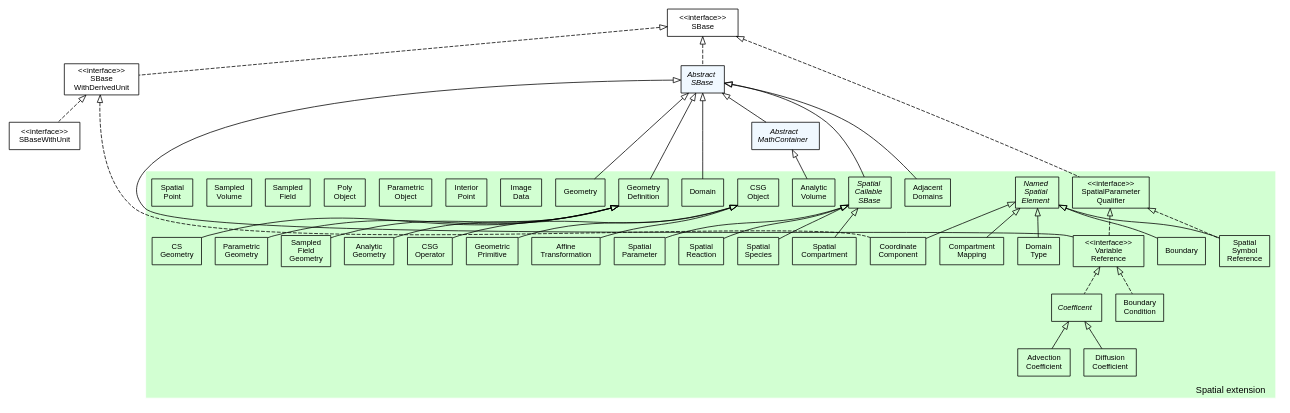
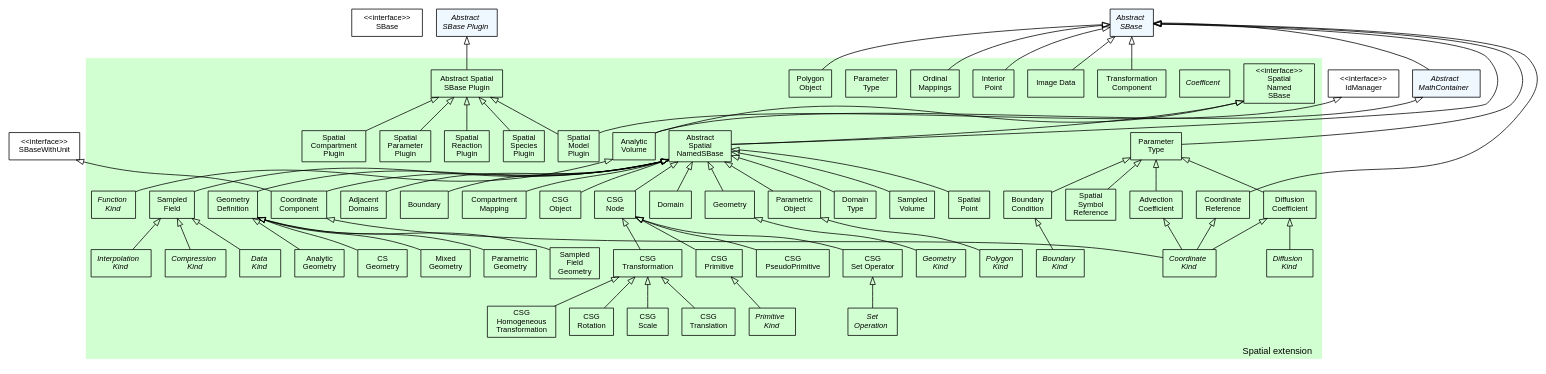
Before and after one commit to sbmlteam/jsbml: the diagram in extensions/spatial/doc/img/type_hierarchy.dot, drawn with Graphviz. The commit also changed 22 other files, not shown here.

Commit message:
Added chapter material for User Guide with class diagrams for all the extensions except multi. Two caveats: 1) this will need to be compiled with a latex compiler and 2) for some reason, I was not able to properly set svn:keywords, so this will need to be fixed.

```diff
--- a/extensions/spatial/doc/img/type_hierarchy.dot
+++ b/extensions/spatial/doc/img/type_hierarchy.dot
@@ -33,13 +33,13 @@
  	 */
  	
  	SBase                                    [label="<<interface>>\nSBase"];
- 	SBaseWithDerivedUnit                     [label="<<interface>>\nSBase\nWithDerivedUnit"];
  	SBaseWithUnit                            [label="<<interface>>\nSBaseWithUnit"];
+ 	IdManager			                     [label="<<interface>>\nIdManager"];
    	
   /*
    * Abstract data types
    */
- 	
+ 	AbstractSBasePlugin                      [label=<<font face="Helvetica-Oblique">Abstract<br/>SBase Plugin</font>>, style="filled", fillcolor="#F0F8FF"]; 	
  	AbstractSBase                            [label=<<font face="Helvetica-Oblique">Abstract<br/>SBase</font>>, style="filled", fillcolor="#F0F8FF"];
  	AbstractMathContainer                    [label=<<font face="Helvetica-Oblique">Abstract<br/>MathContainer</font>>, style="filled", fillcolor="#F0F8FF"];
   
@@ -58,94 +58,151 @@
     labeljust=r;
 
     // Interfaces
-    SpatialParameterQualifier                     [label="<<interface>>\nSpatialParameter\nQualifier"];
-    VariableReference                             [label="<<interface>>\nVariable\nReference"];
+    SpatialNamedSBase                        	  [label="<<interface>>\nSpatial\nNamed\nSBase"];
 
     // Enums
 
     // Abstract data types
-    NamedSpatialElement                           [label=<<font face="Helvetica-Oblique">Named<br/>Spatial<br/>Element</font>>];
-    SpatialCallableSBase                          [label=<<font face="Helvetica-Oblique">Spatial<br/>Callable<br/>SBase</font>>];
+    CoordinateKind                          	  [label=<<font face="Helvetica-Oblique">Coordinate<br/>Kind</font>>];
     Coefficient                                   [label=<<font face="Helvetica-Oblique">Coefficent</font>>];
+    DataKind                           			  [label=<<font face="Helvetica-Oblique">Compression<br/>Kind</font>>];
+    CompressionKind                           	  [label=<<font face="Helvetica-Oblique">Data<br/>Kind</font>>];
+    InterpolationKind                             [label=<<font face="Helvetica-Oblique">Interpolation<br/>Kind</font>>];
+    PolygonKind                           		  [label=<<font face="Helvetica-Oblique">Polygon<br/>Kind</font>>];
+    GeometryKind                           	 	  [label=<<font face="Helvetica-Oblique">Geometry<br/>Kind</font>>];
+    DiffusionKind                           	  [label=<<font face="Helvetica-Oblique">Diffusion<br/>Kind</font>>];
+    SetOperation                           		  [label=<<font face="Helvetica-Oblique">Set<br/>Operation</font>>];
+    PrimitiveKind                           	  [label=<<font face="Helvetica-Oblique">Primitive<br/>Kind</font>>];
+    BoundaryKind                           		  [label=<<font face="Helvetica-Oblique">Boundary<br/>Kind</font>>];
+    FunctionKind                           		  [label=<<font face="Helvetica-Oblique">Function<br/>Kind</font>>];
         
     // Objects
-    AdjacentDomains                               [label="Adjacent\nDomains"];
+    AbstractSpatialNamedSBase                     [label="Abstract\nSpatial\nNamedSBase"];    
+    AbstractSpatialSBasePlugin					  [label="Abstract Spatial\nSBase Plugin"];
+    AdjacentDomains                               [label="Adjacent\nDomains"];  
     AdvectionCoefficient                          [label="Advection\nCoefficient"];
-    AffineTransformation                          [label="Affine\nTransformation"];
+    ParameterType                          		  [label="Parameter\nType"];
     AnalyticGeometry                              [label="Analytic\nGeometry"];
+    GeometryDefinition                            [label="Geometry\nDefinition"];
     AnalyticVolume                                [label="Analytic\nVolume"];
     Boundary                                      [label="Boundary"];
     BoundaryCondition                             [label="Boundary\nCondition"];
     CompartmentMapping                            [label="Compartment\nMapping"];
     CoordinateComponent                           [label="Coordinate\nComponent"];
+    CoordinateReference                           [label="Coordinate\nReference"];
     CSGeometry                                    [label="CS\nGeometry"];
+    CSGHomogeneousTransformation                  [label="CSG\nHomogeneous\nTransformation"];
+    CSGTransformation                             [label="CSG\nTransformation"];
+    CSGNode                                       [label="CSG\nNode"];
     CSGObject                                     [label="CSG\nObject"];
-    CSGOperator                                   [label="CSG\nOperator"];
+    CSGPrimitive                                  [label="CSG\nPrimitive"];
+    CSGPseudoPrimitive                            [label="CSG\nPseudoPrimitive"];
+    CSGRotation                                   [label="CSG\nRotation"];
+    CSGScale                                      [label="CSG\nScale"];
+    CSGSetOperator                                [label="CSG\nSet Operator"];
+	CSGTranslation                                [label="CSG\nTranslation"];
     DiffusionCoefficient                          [label="Diffusion\nCoefficient"];
     Domain                                        [label="Domain"];
     DomainType                                    [label="Domain\nType"];
-    GeometricPrimitive                            [label="Geometric\nPrimitive"];
     Geometry                                      [label="Geometry"];
     GeometryDefinition                            [label="Geometry\nDefinition"];
-    ImageData                                     [label="Image\nData"];
+    ImageData                                     [label="Image Data"];
     InteriorPoint                                 [label="Interior\nPoint"];
+    MixedGeometry                                 [label="Mixed\nGeometry"];
+    OrdinalMapping	                              [label="Ordinal\nMappings"];
+    ParamaterType                                 [label="Parameter\nType"];
     ParametricGeometry                            [label="Parametric\nGeometry"];
     ParametricObject                              [label="Parametric\nObject"];
-    PolyObject                                    [label="Poly\nObject"];
+    PolygonObject                                 [label="Polygon\nObject"];
     SampledField                                  [label="Sampled\nField"];
     SampledFieldGeometry                          [label="Sampled\nField\nGeometry"];
     SampledVolume                                 [label="Sampled\nVolume"];
-    SpatialCompartment                            [label="Spatial\nCompartment"];
-    SpatialParameter                              [label="Spatial\nParameter"];
+    SpatialCompartmentPlugin                      [label="Spatial\nCompartment\nPlugin"];
+    SpatialModelPlugin                            [label="Spatial\nModel\nPlugin"];
+    SpatialParameterPlugin                        [label="Spatial\nParameter\nPlugin"];
     SpatialPoint                                  [label="Spatial\nPoint"];
-    SpatialReaction                               [label="Spatial\nReaction"];
-    SpatialSpecies                                [label="Spatial\nSpecies"];
+    SpatialReactionPlugin                         [label="Spatial\nReaction\nPlugin"];
+    SpatialSpeciesPlugin                          [label="Spatial\nSpecies\nPlugin"];
     SpatialSymbolReference                        [label="Spatial\nSymbol\nReference"];
-
-  
+    TransformationComponent                       [label="Transformation\nComponent"];
+      
     /*
      * Inheritance graph
      */
-     Coefficient                -> AdvectionCoefficient      [dir=back,arrowtail=empty];
-     Coefficient                -> DiffusionCoefficient      [dir=back,arrowtail=empty];
-     CSGObject                  -> AffineTransformation      [dir=back,arrowtail=empty];
-     CSGObject                  -> CSGOperator               [dir=back,arrowtail=empty];
-     CSGObject                  -> GeometricPrimitive        [dir=back,arrowtail=empty];
+     SpatialNamedSBase                -> AbstractSpatialNamedSBase      [dir=back,arrowtail=empty];
+     AbstractSpatialNamedSBase        -> AdjacentDomains      [dir=back,arrowtail=empty];
+     ParameterType        -> AdvectionCoefficient      [dir=back,arrowtail=empty];
      GeometryDefinition         -> AnalyticGeometry          [dir=back,arrowtail=empty];
+     AbstractSpatialNamedSBase    -> GeometryDefinition        [dir=back,arrowtail=empty];
+     SpatialNamedSBase	->	AnalyticVolume      [dir=back,arrowtail=empty];
+     AbstractSpatialNamedSBase        -> Boundary      [dir=back,arrowtail=empty];
+     ParameterType        -> BoundaryCondition      [dir=back,arrowtail=empty];
+     AbstractSpatialNamedSBase        -> CompartmentMapping      [dir=back,arrowtail=empty];
+     AbstractSpatialNamedSBase        -> CoordinateComponent      [dir=back,arrowtail=empty];
      GeometryDefinition         -> CSGeometry                [dir=back,arrowtail=empty];
+     CSGTransformation -> CSGHomogeneousTransformation      [dir=back,arrowtail=empty];
+     CSGNode -> CSGTransformation      [dir=back,arrowtail=empty];
+     AbstractSpatialNamedSBase        -> CSGNode      [dir=back,arrowtail=empty];
+     AbstractSpatialNamedSBase        -> CSGObject      [dir=back,arrowtail=empty];
+     CSGNode -> CSGPrimitive      [dir=back,arrowtail=empty];
+     CSGNode -> CSGPseudoPrimitive      [dir=back,arrowtail=empty];
+     CSGTransformation -> CSGRotation      [dir=back,arrowtail=empty];
+     CSGTransformation -> CSGScale      [dir=back,arrowtail=empty];
+     CSGNode -> CSGSetOperator      [dir=back,arrowtail=empty];
+     CSGTransformation -> CSGTranslation      [dir=back,arrowtail=empty];
+     ParameterType        -> DiffusionCoefficient      [dir=back,arrowtail=empty];
+     AbstractSpatialNamedSBase        -> Domain      [dir=back,arrowtail=empty];
+     AbstractSpatialNamedSBase        -> DomainType      [dir=back,arrowtail=empty];
+     AbstractSpatialNamedSBase        -> Geometry      [dir=back,arrowtail=empty];
+     AbstractSpatialNamedSBase        -> GeometryDefinition      [dir=back,arrowtail=empty];
+     GeometryDefinition         -> MixedGeometry          [dir=back,arrowtail=empty];
      GeometryDefinition         -> ParametricGeometry        [dir=back,arrowtail=empty];
+     AbstractSpatialNamedSBase         -> ParametricObject        [dir=back,arrowtail=empty];
+     AbstractSpatialNamedSBase         -> SampledField        [dir=back,arrowtail=empty];
      GeometryDefinition         -> SampledFieldGeometry      [dir=back,arrowtail=empty];
-     NamedSpatialElement        -> Boundary                  [dir=back,arrowtail=empty];
-     NamedSpatialElement        -> CompartmentMapping        [dir=back,arrowtail=empty];
-     NamedSpatialElement        -> CoordinateComponent       [dir=back,arrowtail=empty];
-     NamedSpatialElement        -> DomainType                [dir=back,arrowtail=empty];
-     NamedSpatialElement        -> SpatialSymbolReference    [dir=back,arrowtail=empty];
-     SpatialCallableSBase       -> SpatialCompartment        [dir=back,arrowtail=empty];
-     SpatialCallableSBase       -> SpatialParameter          [dir=back,arrowtail=empty];
-     SpatialCallableSBase       -> SpatialReaction           [dir=back,arrowtail=empty];
-     SpatialCallableSBase       -> SpatialSpecies            [dir=back,arrowtail=empty];
-     SpatialParameterQualifier  -> VariableReference         [dir=back,arrowtail=empty,style=dashed];
-     SpatialParameterQualifier  -> SpatialSymbolReference    [dir=back,arrowtail=empty,style=dashed];
-     VariableReference          -> Coefficient               [dir=back,arrowtail=empty,style=dashed];
-     VariableReference          -> BoundaryCondition         [dir=back,arrowtail=empty,style=dashed];
+     AbstractSpatialNamedSBase         -> SampledVolume        [dir=back,arrowtail=empty];
+     AbstractSpatialSBasePlugin         -> SpatialCompartmentPlugin        [dir=back,arrowtail=empty];
+     AbstractSpatialSBasePlugin         -> SpatialModelPlugin        [dir=back,arrowtail=empty];
+     AbstractSpatialSBasePlugin         -> SpatialParameterPlugin        [dir=back,arrowtail=empty];
+     AbstractSpatialNamedSBase         -> SpatialPoint        [dir=back,arrowtail=empty];
+     AbstractSpatialSBasePlugin         -> SpatialReactionPlugin        [dir=back,arrowtail=empty];
+     AbstractSpatialSBasePlugin         -> SpatialSpeciesPlugin        [dir=back,arrowtail=empty];
+     ParameterType        -> SpatialSymbolReference      [dir=back,arrowtail=empty];
+     SampledField        -> CompressionKind      [dir=back,arrowtail=empty];
+     SampledField        -> DataKind      [dir=back,arrowtail=empty];
+     SampledField        -> InterpolationKind      [dir=back,arrowtail=empty];
+     ParametricObject        -> PolygonKind      [dir=back,arrowtail=empty];
+     Geometry         -> GeometryKind          [dir=back,arrowtail=empty];
+     DiffusionCoefficient         -> DiffusionKind          [dir=back,arrowtail=empty];
+     CSGSetOperator         -> SetOperation          [dir=back,arrowtail=empty];
+     CSGPrimitive         -> PrimitiveKind          [dir=back,arrowtail=empty];
+     AdvectionCoefficient         -> CoordinateKind          [dir=back,arrowtail=empty];
+     CoordinateComponent         -> CoordinateKind          [dir=back,arrowtail=empty];
+     CoordinateReference         -> CoordinateKind          [dir=back,arrowtail=empty];
+     DiffusionCoefficient         -> CoordinateKind          [dir=back,arrowtail=empty];
+     BoundaryCondition         -> BoundaryKind          [dir=back,arrowtail=empty];
+     AnalyticVolume         -> FunctionKind          [dir=back,arrowtail=empty];
+
+
   }
   
   /*********************
    * Inheritance graph *
    *********************/
 
+  AbstractSBase         -> AbstractSpatialNamedSBase     [dir=back,arrowtail=empty];
+  AbstractSBasePlugin         -> AbstractSpatialSBasePlugin     [dir=back,arrowtail=empty];
+  AbstractSBase         -> ParameterType     [dir=back,arrowtail=empty];
   AbstractMathContainer -> AnalyticVolume            [dir=back,arrowtail=empty];
+  SBaseWithUnit -> CoordinateComponent            [dir=back,arrowtail=empty];
+  AbstractSBase         -> CoordinateReference     [dir=back,arrowtail=empty];
   AbstractSBase         -> AbstractMathContainer     [dir=back,arrowtail=empty];
-  AbstractSBase         -> AdjacentDomains           [dir=back,arrowtail=empty];
-  AbstractSBase         -> VariableReference         [dir=back,arrowtail=empty];
-  AbstractSBase         -> Domain                    [dir=back,arrowtail=empty];
-  AbstractSBase         -> Geometry                  [dir=back,arrowtail=empty];
-  AbstractSBase         -> GeometryDefinition        [dir=back,arrowtail=empty];
-  AbstractSBase         -> SpatialCallableSBase      [dir=back,arrowtail=empty];
-  SBase                 -> AbstractSBase             [dir=back,arrowtail=empty,style=dashed];
-  SBase                 -> SpatialParameterQualifier [dir=back,arrowtail=empty,style=dashed];
-  SBase                 -> SBaseWithDerivedUnit      [dir=back,arrowtail=empty,style=dashed];
-  SBaseWithDerivedUnit  -> CoordinateComponent       [dir=back,arrowtail=empty,style=dashed];
-  SBaseWithDerivedUnit  -> SBaseWithUnit             [dir=back,arrowtail=empty,style=dashed];
+  AbstractSBase         -> ImageData                  [dir=back,arrowtail=empty];
+  AbstractSBase         -> InteriorPoint                  [dir=back,arrowtail=empty];
+  AbstractSBase         -> OrdinalMapping                  [dir=back,arrowtail=empty];
+  AbstractSBase         -> ParameterType                  [dir=back,arrowtail=empty];
+  AbstractSBase         -> PolygonObject           [dir=back,arrowtail=empty];
+  IdManager				-> SpatialModelPlugin		 [dir=back,arrowtail=empty];
+  AbstractSBase         -> TransformationComponent           [dir=back,arrowtail=empty];
 
 }
```
